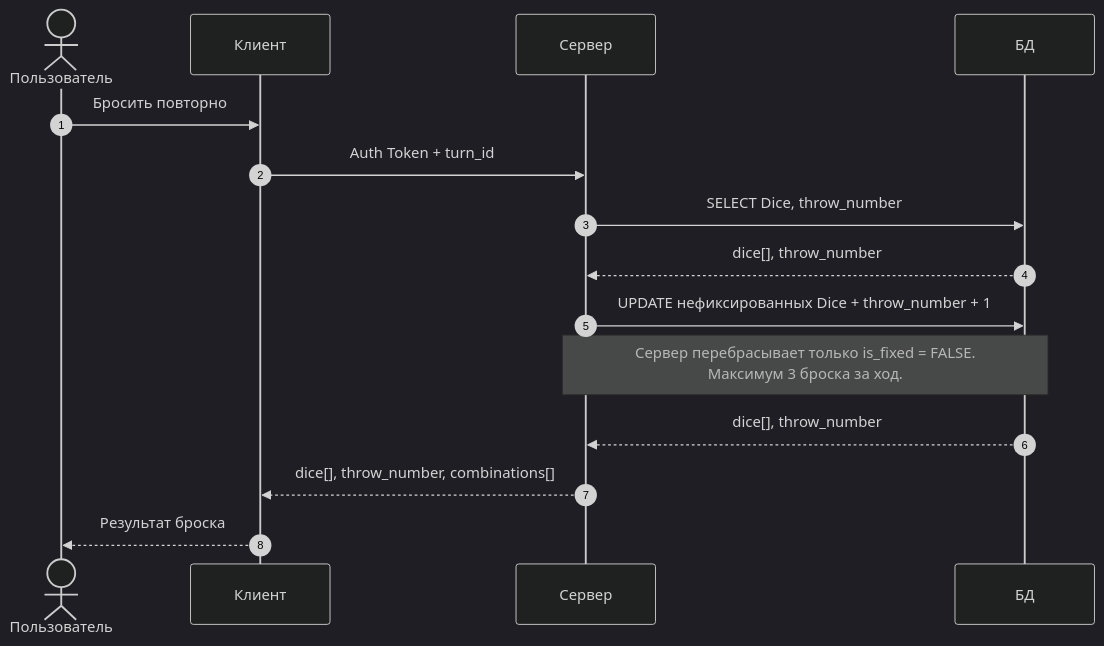
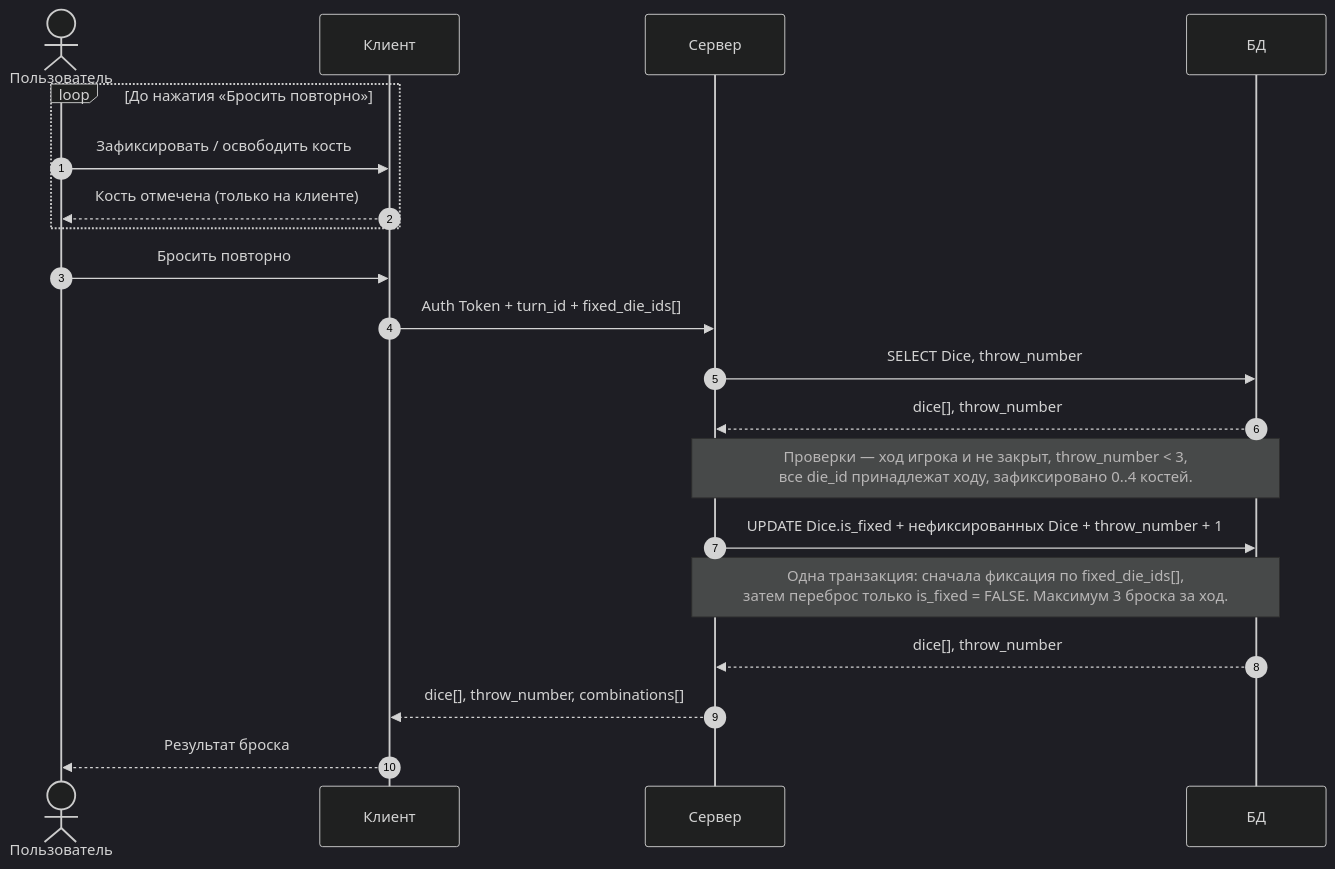
The eighth of 11 diagrams in docs/api-schema.md (seventwogth/databases-itmo), drawn with Mermaid (dark theme) before and after one commit. The commit also changed other lines of this file and 2 other files, not shown here.

First line of the commit message:
docs: merge dice fixing and reroll into one request

````diff
--- a/docs/api-schema.md
+++ b/docs/api-schema.md
@@ -178,18 +161,23 @@
 ```mermaid
 sequenceDiagram
     autonumber
     actor U as Пользователь
     participant C as Клиент
     participant S as Сервер
     participant DB as БД
 
+    loop До нажатия «Бросить повторно»
+        U->>C: Зафиксировать / освободить кость
+        C-->>U: Кость отмечена (только на клиенте)
+    end
     U->>C: Бросить повторно
-    C->>S: Auth Token + turn_id
+    C->>S: Auth Token + turn_id + fixed_die_ids[]
     S->>DB: SELECT Dice, throw_number
     DB-->>S: dice[], throw_number
-    S->>DB: UPDATE нефиксированных Dice + throw_number + 1
-    Note over S,DB: Сервер перебрасывает только is_fixed = FALSE.<br/>Максимум 3 броска за ход.
+    Note over S,DB: Проверки — ход игрока и не закрыт, throw_number < 3,<br/>все die_id принадлежат ходу, зафиксировано 0..4 костей.
+    S->>DB: UPDATE Dice.is_fixed + нефиксированных Dice + throw_number + 1
+    Note over S,DB: Одна транзакция: сначала фиксация по fixed_die_ids[],<br/>затем переброс только is_fixed = FALSE. Максимум 3 броска за ход.
     DB-->>S: dice[], throw_number
     S-->>C: dice[], throw_number, combinations[]
     C-->>U: Результат броска
 ```
````
